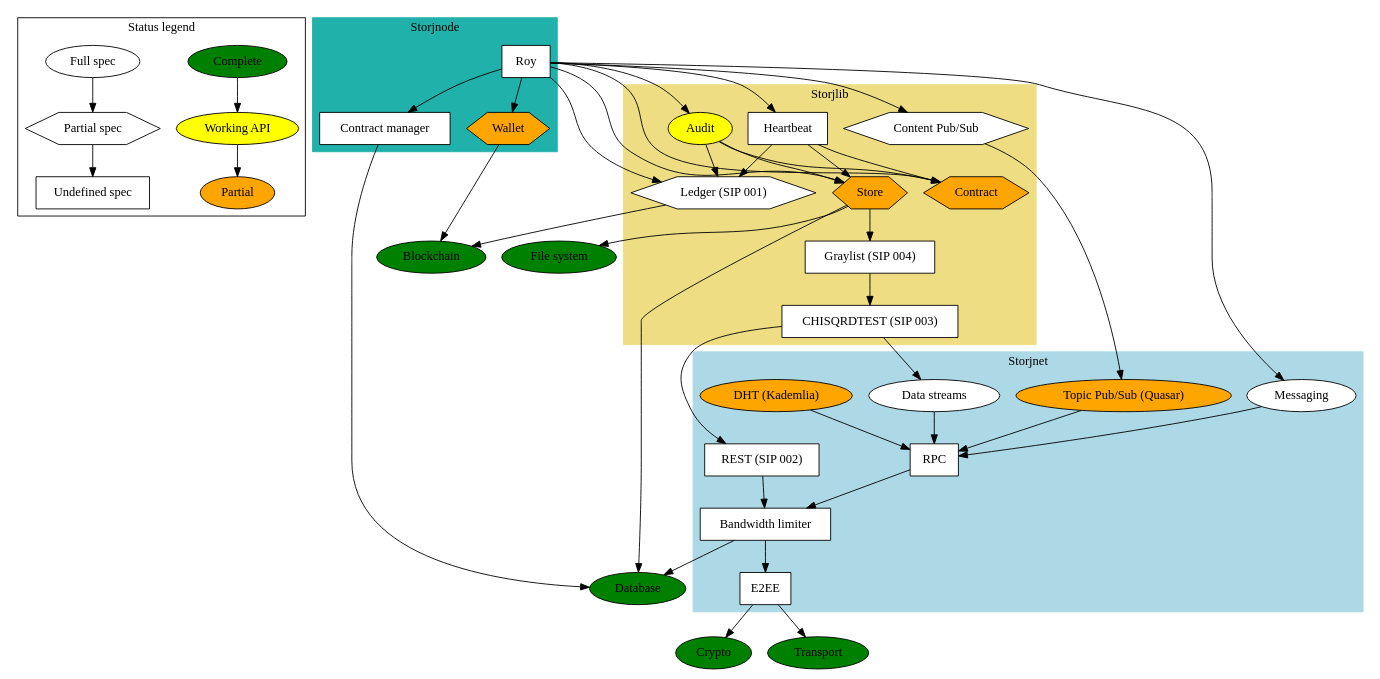
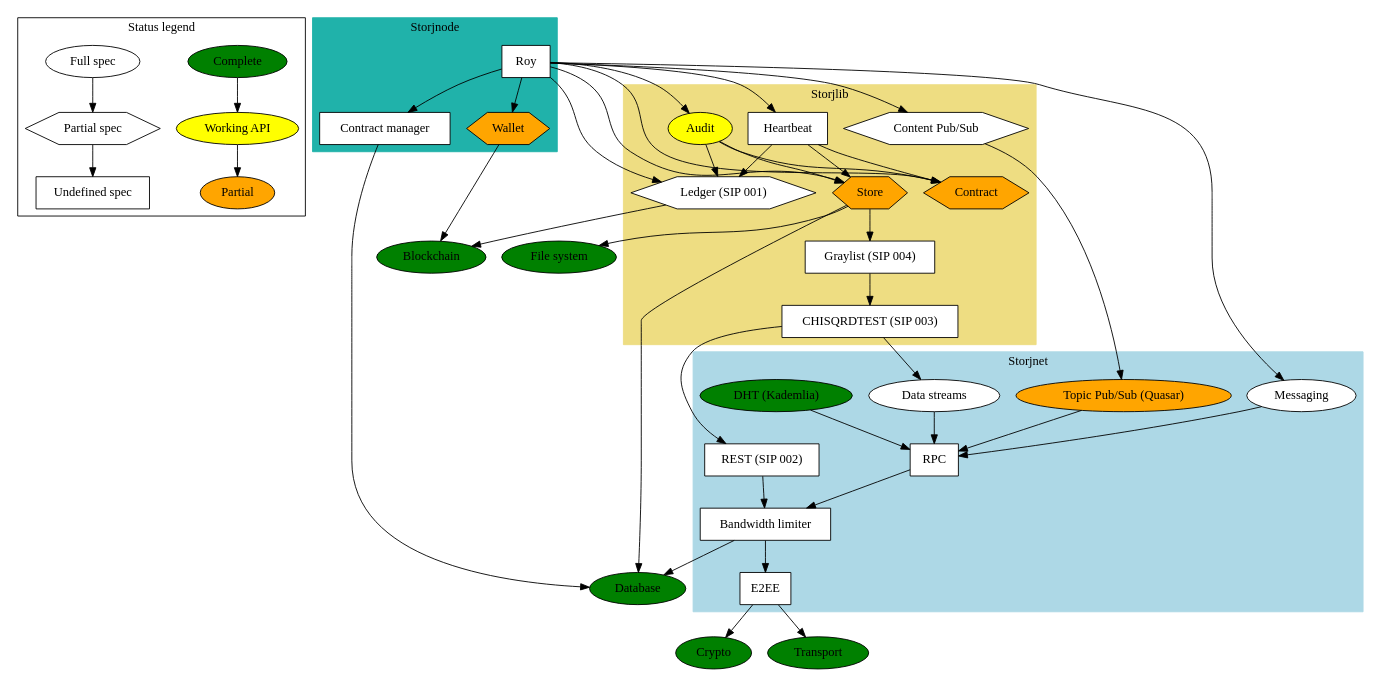
The diagram in status.dot (StorjOld/storjspec), drawn with Graphviz before and after one commit. The commit also changed 1 other file, not shown here.

Commit message:
updated status graph

```diff
--- a/status.dot
+++ b/status.dot
@@ -1,109 +1,109 @@
 // syntax guide: http://www.graphviz.org/pdf/dotguide.pdf
 // compile png: `dot -Tpng status.dot -o status.png`
 // compile pdf: `dot -Tpdf status.dot -o status.pdf`
 
 
 digraph G {
     node [shape="box", style="filled", color="black", fillcolor="white"];
 
     // LEGEND
     subgraph cluster_0 {
         label = "Status legend";
 
         "Complete" [fillcolor=green, shape=ellipse];
         "Working API" [fillcolor=yellow, shape=ellipse];
         "Partial" [fillcolor=orange, shape=ellipse];
 
         "Full spec" [shape=ellipse];
         "Partial spec" [shape=hexagon];
         "Undefined spec" [shape=box];
     };
     "Complete" -> "Working API" -> "Partial";
     "Full spec" -> "Partial spec" -> "Undefined spec";
 
 
     // STORJNET
     subgraph cluster_1 {
         label = "Storjnet";
         style=filled;
         color=lightblue;
 
-        "DHT (Kademlia)" [fillcolor=orange, shape=ellipse];
+        "DHT (Kademlia)" [fillcolor=green, shape=ellipse];
         "Topic Pub/Sub (Quasar)" [fillcolor=orange, shape=ellipse]; // enable publishing and subscribing to events
         "Data streams" [shape=ellipse]; // full duplex data transfer
-        "Messaging" [shape=ellipse]; // to shortcut the pubsub after peer found
+        "Messaging" [shape=green, shape=ellipse]; // to shortcut the pubsub after peer found
         "RPC"; // rpc calls and data transfer between clients
         "E2EE"; // End-to-end encryption
         "Bandwidth limiter";
         "REST (SIP 002)"; // put/get shards
     };
     "DHT (Kademlia)" -> "RPC";
     "Topic Pub/Sub (Quasar)" -> "RPC";
     "Messaging" -> "RPC";
     "Data streams" -> "RPC";
     "RPC" -> "Bandwidth limiter";
     "REST (SIP 002)" -> "Bandwidth limiter";
     "Bandwidth limiter" -> "E2EE";
     "E2EE" -> "Crypto";
     "E2EE" -> "Transport";
     "Bandwidth limiter" -> "Database";
 
     // STORJLIB
     subgraph cluster_2 {
         label = "Storjlib";
         style=filled;
         color=lightgoldenrod;
 
         "Contract" [fillcolor=orange, shape=hexagon]; // terms of a storage contract between peers
         "Audit" [fillcolor=yellow, shape=ellipse]; // track state of a contract over time
         "Store" [fillcolor=orange, shape=hexagon];
         "Heartbeat";
         "Ledger (SIP 001)" [shape=hexagon];
         "Graylist (SIP 004)";
         "CHISQRDTEST (SIP 003)";
         "Content Pub/Sub" [shape=hexagon]; // enable publishing and subscribing to events
     };
     "Content Pub/Sub" -> "Topic Pub/Sub (Quasar)";
     "Audit" -> "Contract"; // when/how to perform the audit
     "Audit" -> "Store"; // perform audit challange
     "Audit" -> "Ledger (SIP 001)"; // save result in ledger
     "Heartbeat" -> "Contract";
     "Heartbeat" -> "Store"; // perform heartbeat challange
     "Heartbeat" -> "Ledger (SIP 001)"; // save result in ledger
     "Store" -> "File system";
     "Store" -> "Graylist (SIP 004)";
     "Store" -> "Database";
     "Ledger (SIP 001)" -> "Blockchain";
     "Graylist (SIP 004)" -> "CHISQRDTEST (SIP 003)";
     "CHISQRDTEST (SIP 003)" -> "Data streams";
     "CHISQRDTEST (SIP 003)" -> "REST (SIP 002)";
 
     // STORJNODE
     subgraph cluster_3 {
         label = "Storjnode";
         style=filled;
         color=lightseagreen;
 
         "Roy"; // for sending/receiving of funds for services used 
         "Wallet" [fillcolor=orange, shape=hexagon];
         "Contract manager"; // Store contracts
     };
     "Roy" -> "Contract manager";
     "Contract manager" -> "Database";
     "Wallet" -> "Blockchain";
     "Roy" -> "Content Pub/Sub"; // ask/bid on contracts
     "Roy" -> "Messaging";
     "Roy" -> "Audit"; // perform audits
     "Roy" -> "Contract"; // verify agreed to use/provide a service
     "Roy" -> "Heartbeat";
     "Roy" -> "Ledger (SIP 001)"; // verify service was used/provided
     "Roy" -> "Wallet"; // transfer funds
     "Roy" -> "Store";
 
     // EXTERNAL
     "File system" [fillcolor=green, shape=ellipse];
     "Crypto" [fillcolor=green, shape=ellipse];
     "Database" [fillcolor=green, shape=ellipse];
     "Blockchain" [fillcolor=green, shape=ellipse];
     "Transport" [fillcolor=green, shape=ellipse];
 }
```
